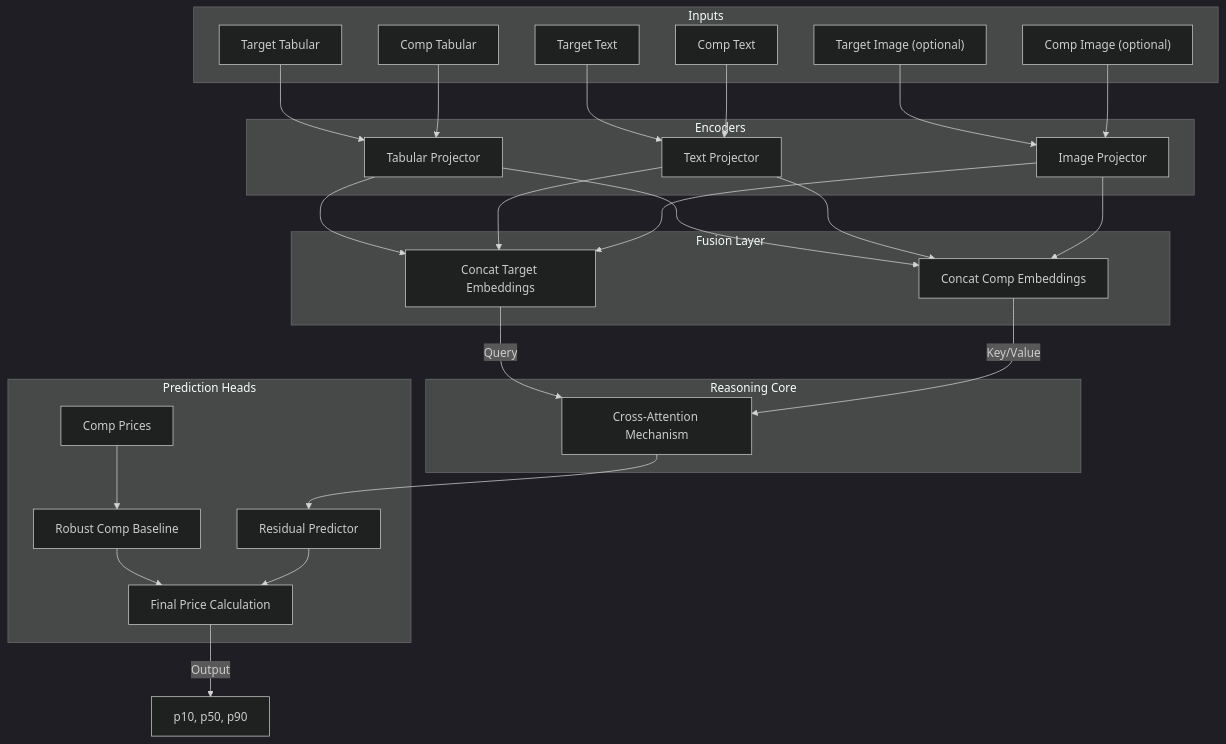
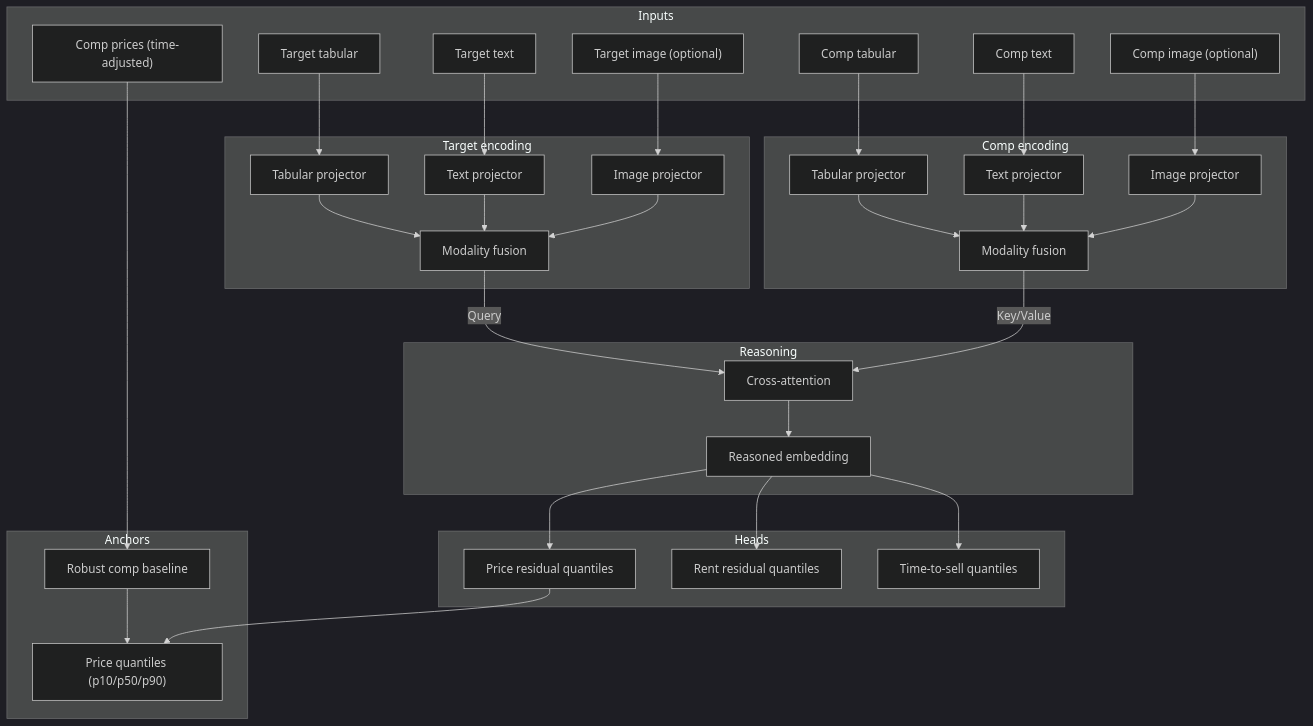
Before and after one commit to Nirtzur0/PropertyScanner: the first of 2 diagrams in docs/03_model_architecture.md, drawn with Mermaid (dark theme). The commit also changed other lines of this file and 68 other files, not shown here.

````diff
--- a/docs/03_model_architecture.md
+++ b/docs/03_model_architecture.md
@@ -7,51 +7,59 @@
 ```mermaid
-graph TD
-    subgraph "Inputs"
-        T_Tab["Target Tabular"]
-        T_Txt["Target Text"]
-        T_Img["Target Image (optional)"]
-        C_Tab["Comp Tabular"]
-        C_Txt["Comp Text"]
-        C_Img["Comp Image (optional)"]
+flowchart TB
+    subgraph Inputs
+        T_Tab["Target tabular"]
+        T_Txt["Target text"]
+        T_Img["Target image (optional)"]
+        C_Tab["Comp tabular"]
+        C_Txt["Comp text"]
+        C_Img["Comp image (optional)"]
+        C_Prices["Comp prices (time-adjusted)"]
     end
 
-    subgraph "Encoders"
-        MLP1["Tabular Projector"]
-        MLP2["Text Projector"]
-        MLP3["Image Projector"]
+    subgraph "Target encoding"
+        T_TabProj["Tabular projector"]
+        T_TxtProj["Text projector"]
+        T_ImgProj["Image projector"]
+        T_Fuse["Modality fusion"]
     end
 
-    T_Tab --> MLP1
-    T_Txt --> MLP2
-    T_Img --> MLP3
-    C_Tab --> MLP1
-    C_Txt --> MLP2
-    C_Img --> MLP3
-
-    subgraph "Fusion Layer"
-        Concat_T["Concat Target Embeddings"]
-        Concat_C["Concat Comp Embeddings"]
+    subgraph "Comp encoding"
+        C_TabProj["Tabular projector"]
+        C_TxtProj["Text projector"]
+        C_ImgProj["Image projector"]
+        C_Fuse["Modality fusion"]
     end
 
-    MLP1 & MLP2 & MLP3 --> Concat_T
-    MLP1 & MLP2 & MLP3 --> Concat_C
-
-    subgraph "Reasoning Core"
-        Attn["Cross-Attention Mechanism"]
-        Concat_T -->|Query| Attn
-        Concat_C -->|Key/Value| Attn
+    subgraph Reasoning
+        Attn["Cross-attention"]
+        Reason["Reasoned embedding"]
     end
 
-    subgraph "Prediction Heads"
-        Res["Residual Predictor"]
-        Attn --> Res
-
-        Final["Final Price Calculation"]
-        Baseline["Robust Comp Baseline"]
-        CompPrices["Comp Prices"] --> Baseline
-        Baseline --> Final
-        Res --> Final
+    subgraph Heads
+        PriceRes["Price residual quantiles"]
+        RentRes["Rent residual quantiles"]
+        TimeRes["Time-to-sell quantiles"]
     end
 
-    Final -->|Output| Quantiles["p10, p50, p90"]
+    subgraph Anchors
+        Baseline["Robust comp baseline"]
+        PriceOut["Price quantiles (p10/p50/p90)"]
+    end
+
+    T_Tab --> T_TabProj --> T_Fuse
+    T_Txt --> T_TxtProj --> T_Fuse
+    T_Img --> T_ImgProj --> T_Fuse
+
+    C_Tab --> C_TabProj --> C_Fuse
+    C_Txt --> C_TxtProj --> C_Fuse
+    C_Img --> C_ImgProj --> C_Fuse
+
+    T_Fuse -->|Query| Attn
+    C_Fuse -->|Key/Value| Attn
+    Attn --> Reason --> PriceRes
+    Reason --> RentRes
+    Reason --> TimeRes
+
+    C_Prices --> Baseline --> PriceOut
+    PriceRes --> PriceOut
 ```
````
